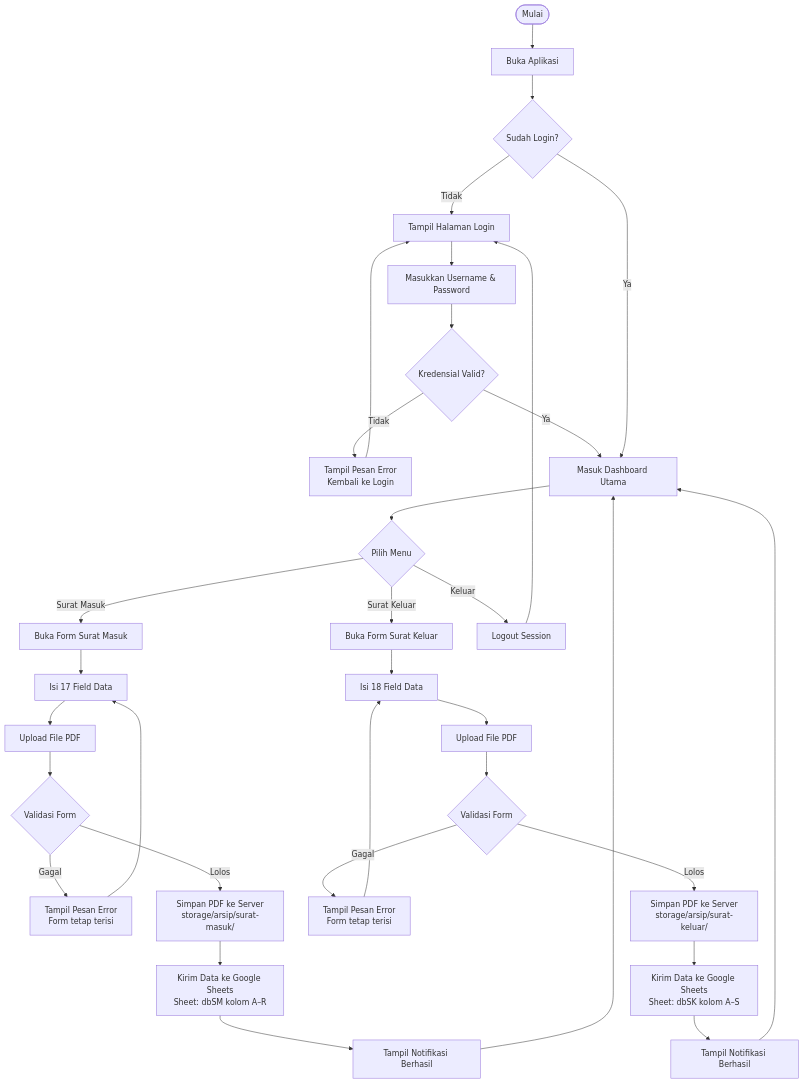
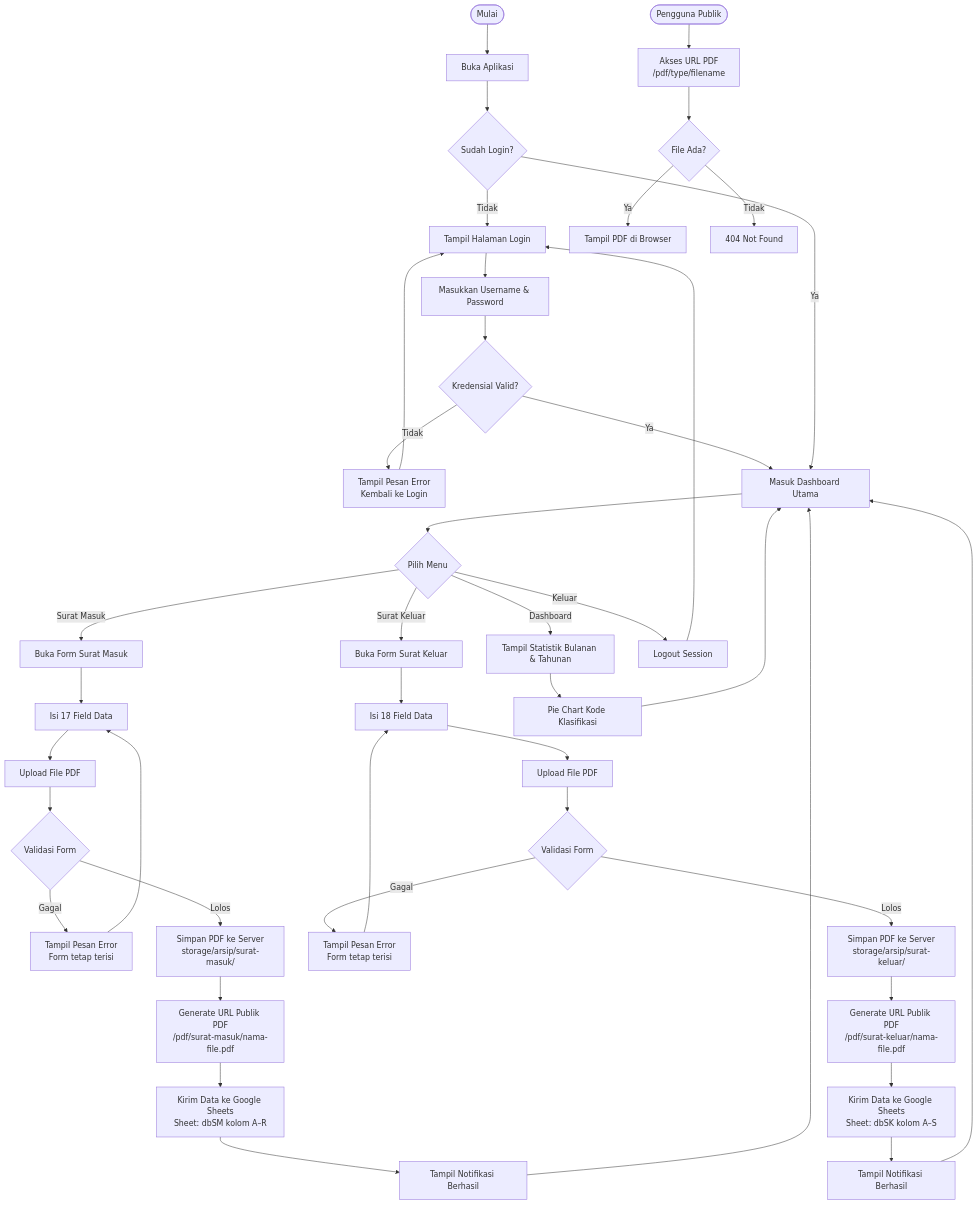
The second of 3 diagrams in README.md (Rpl087/PROJECT-MAGANG), drawn with Mermaid before and after one commit. The commit also changed other lines of this file and 10 other files, not shown here.

````diff
--- a/README.md
+++ b/README.md
@@ -110,39 +184,50 @@
 ```mermaid
 flowchart TD
     A([Mulai]) --> B[Buka Aplikasi]
     B --> C{Sudah Login?}
     C -- Tidak --> D[Tampil Halaman Login]
     D --> E[Masukkan Username & Password]
     E --> F{Kredensial Valid?}
     F -- Tidak --> G[Tampil Pesan Error\nKembali ke Login]
     G --> D
     F -- Ya --> H[Masuk Dashboard Utama]
     C -- Ya --> H
 
     H --> I{Pilih Menu}
 
     I -- Surat Masuk --> J[Buka Form Surat Masuk]
     J --> K[Isi 17 Field Data]
     K --> L[Upload File PDF]
     L --> M{Validasi Form}
     M -- Gagal --> N[Tampil Pesan Error\nForm tetap terisi]
     N --> K
     M -- Lolos --> O[Simpan PDF ke Server\nstorage/arsip/surat-masuk/]
-    O --> P[Kirim Data ke Google Sheets\nSheet: dbSM kolom A–R]
+    O --> O2[Generate URL Publik PDF\n/pdf/surat-masuk/nama-file.pdf]
+    O2 --> P[Kirim Data ke Google Sheets\nSheet: dbSM kolom A–R]
     P --> Q[Tampil Notifikasi Berhasil]
     Q --> H
 
     I -- Surat Keluar --> R[Buka Form Surat Keluar]
     R --> S[Isi 18 Field Data]
     S --> T[Upload File PDF]
     T --> U{Validasi Form}
     U -- Gagal --> V[Tampil Pesan Error\nForm tetap terisi]
     V --> S
     U -- Lolos --> W[Simpan PDF ke Server\nstorage/arsip/surat-keluar/]
-    W --> X[Kirim Data ke Google Sheets\nSheet: dbSK kolom A–S]
+    W --> W2[Generate URL Publik PDF\n/pdf/surat-keluar/nama-file.pdf]
+    W2 --> X[Kirim Data ke Google Sheets\nSheet: dbSK kolom A–S]
     X --> Y[Tampil Notifikasi Berhasil]
     Y --> H
 
+    I -- Dashboard --> DA[Tampil Statistik Bulanan & Tahunan]
+    DA --> DB[Pie Chart Kode Klasifikasi]
+    DB --> H
+
     I -- Keluar --> Z[Logout Session]
     Z --> D
+
+    PUB([Pengguna Publik]) --> PURL[Akses URL PDF\n/pdf/type/filename]
+    PURL --> PCHECK{File Ada?}
+    PCHECK -- Ya --> PPDF[Tampil PDF di Browser]
+    PCHECK -- Tidak --> P404[404 Not Found]
 ```
````
